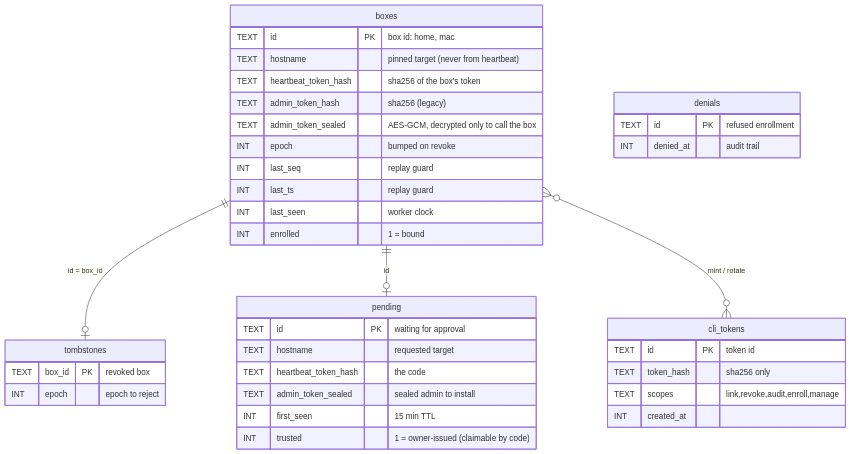
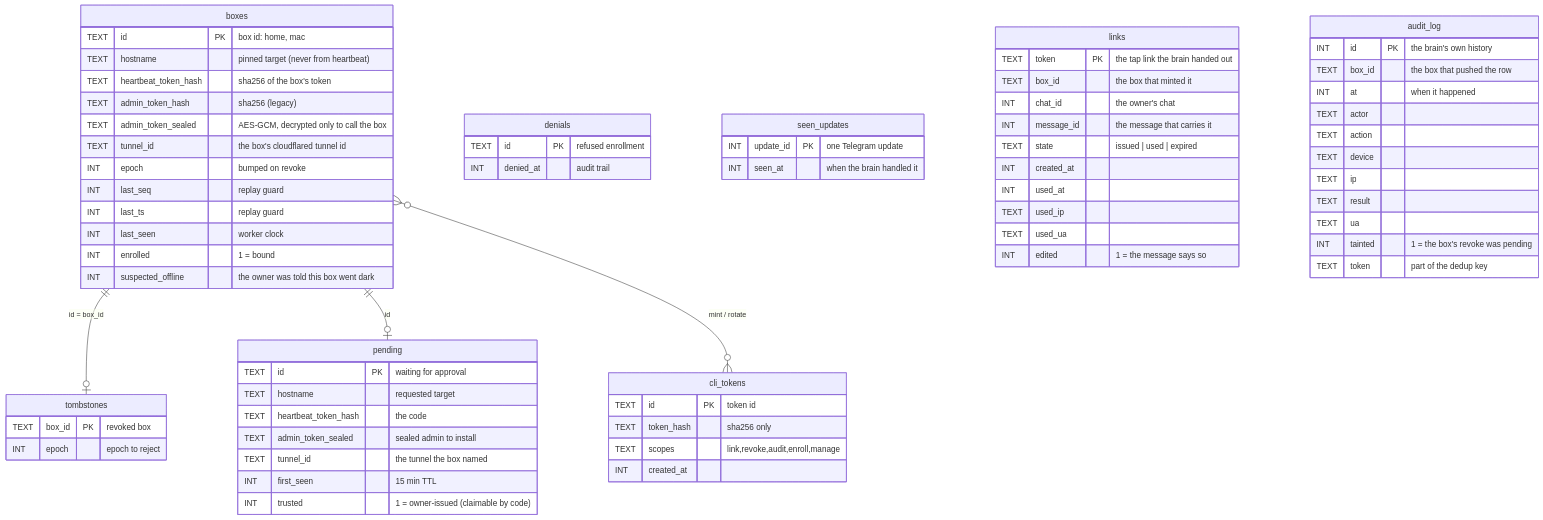
Before and after one commit to mfenderov/ocd: the fourth of 4 diagrams in docs/architecture.md, drawn with Mermaid. The commit also changed other lines of this file and 3 other files, not shown here.

Commit message:
docs: the brain owns the bot, the DNS and the history

````diff
--- a/docs/architecture.md
+++ b/docs/architecture.md
@@ -112,40 +115,72 @@
 ```mermaid
 erDiagram
   boxes ||--o| tombstones : "id = box_id"
   boxes ||--o| pending : "id"
   boxes }o--o{ cli_tokens : "mint / rotate"
   boxes {
     TEXT id PK "box id: home, mac"
     TEXT hostname "pinned target (never from heartbeat)"
     TEXT heartbeat_token_hash "sha256 of the box's token"
     TEXT admin_token_hash "sha256 (legacy)"
     TEXT admin_token_sealed "AES-GCM, decrypted only to call the box"
+    TEXT tunnel_id "the box's cloudflared tunnel id"
     INT epoch "bumped on revoke"
     INT last_seq "replay guard"
     INT last_ts "replay guard"
     INT last_seen "worker clock"
     INT enrolled "1 = bound"
+    INT suspected_offline "the owner was told this box went dark"
   }
   pending {
     TEXT id PK "waiting for approval"
     TEXT hostname "requested target"
     TEXT heartbeat_token_hash "the code"
     TEXT admin_token_sealed "sealed admin to install"
+    TEXT tunnel_id "the tunnel the box named"
     INT first_seen "15 min TTL"
     INT trusted "1 = owner-issued (claimable by code)"
   }
   tombstones {
     TEXT box_id PK "revoked box"
     INT epoch "epoch to reject"
   }
   denials {
     TEXT id PK "refused enrollment"
     INT denied_at "audit trail"
   }
+  seen_updates {
+    INT update_id PK "one Telegram update"
+    INT seen_at "when the brain handled it"
+  }
+  links {
+    TEXT token PK "the tap link the brain handed out"
+    TEXT box_id "the box that minted it"
+    INT chat_id "the owner's chat"
+    INT message_id "the message that carries it"
+    TEXT state "issued | used | expired"
+    INT created_at
+    INT used_at
+    TEXT used_ip
+    TEXT used_ua
+    INT edited "1 = the message says so"
+  }
+  audit_log {
+    INT id PK "the brain's own history"
+    TEXT box_id "the box that pushed the row"
+    INT at "when it happened"
+    TEXT actor
+    TEXT action
+    TEXT device
+    TEXT ip
+    TEXT result
+    TEXT ua
+    INT tainted "1 = the box's revoke was pending"
+    TEXT token "part of the dedup key"
+  }
   cli_tokens {
     TEXT id PK "token id"
     TEXT token_hash "sha256 only"
     TEXT scopes "link,revoke,audit,enroll,manage"
     INT created_at
   }
 ```
````
